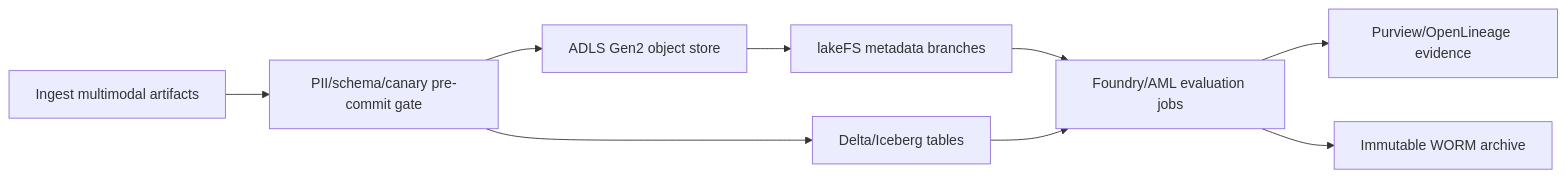
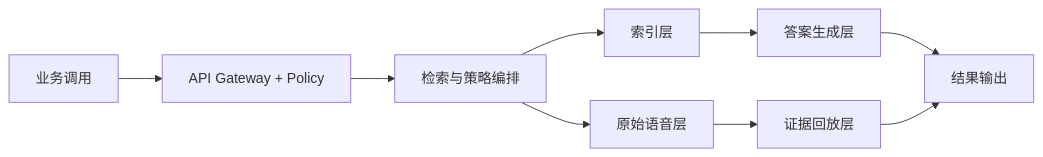
Before and after one commit to turbo998/ai-infra-lab: the first of 2 diagrams in docs/azure-agent-infra/eval-corpus-versioning-lineage-lakefs-adls-zero-copy-vs-foundry-ml-data-assets-vs-delta-dvc-selection-faq.md, drawn with Mermaid. The commit also changed other lines of this file and 5 other files, not shown here.

````diff
--- a/docs/azure-agent-infra/eval-corpus-versioning-lineage-lakefs-adls-zero-copy-vs-foundry-ml-data-assets-vs-delta-dvc-selection-faq.md
+++ b/docs/azure-agent-infra/eval-corpus-versioning-lineage-lakefs-adls-zero-copy-vs-foundry-ml-data-assets-vs-delta-dvc-selection-faq.md
@@ -41,11 +60,11 @@
 ```mermaid
 flowchart LR
-  Ingest[Ingest multimodal artifacts] --> Gate[PII/schema/canary pre-commit gate]
-  Gate --> StoreA[ADLS Gen2 object store]
-  Gate --> StoreB[Delta/Iceberg tables]
-  StoreA --> LakeFS[lakeFS metadata branches]
-  LakeFS --> Eval[Foundry/AML evaluation jobs]
-  StoreB --> Eval
-  Eval --> Purview[Purview/OpenLineage evidence]
-  Eval --> WORM[Immutable WORM archive]
+  User[业务调用] --> Gateway[API Gateway + Policy]
+  Gateway --> Planner[检索与策略编排]
+  Planner --> Index[索引层]
+  Planner --> Blob[原始语音层]
+  Index --> Answer[答案生成层]
+  Blob --> Evidence[证据回放层]
+  Answer --> Output[结果输出]
+  Evidence --> Output
 ```
````
